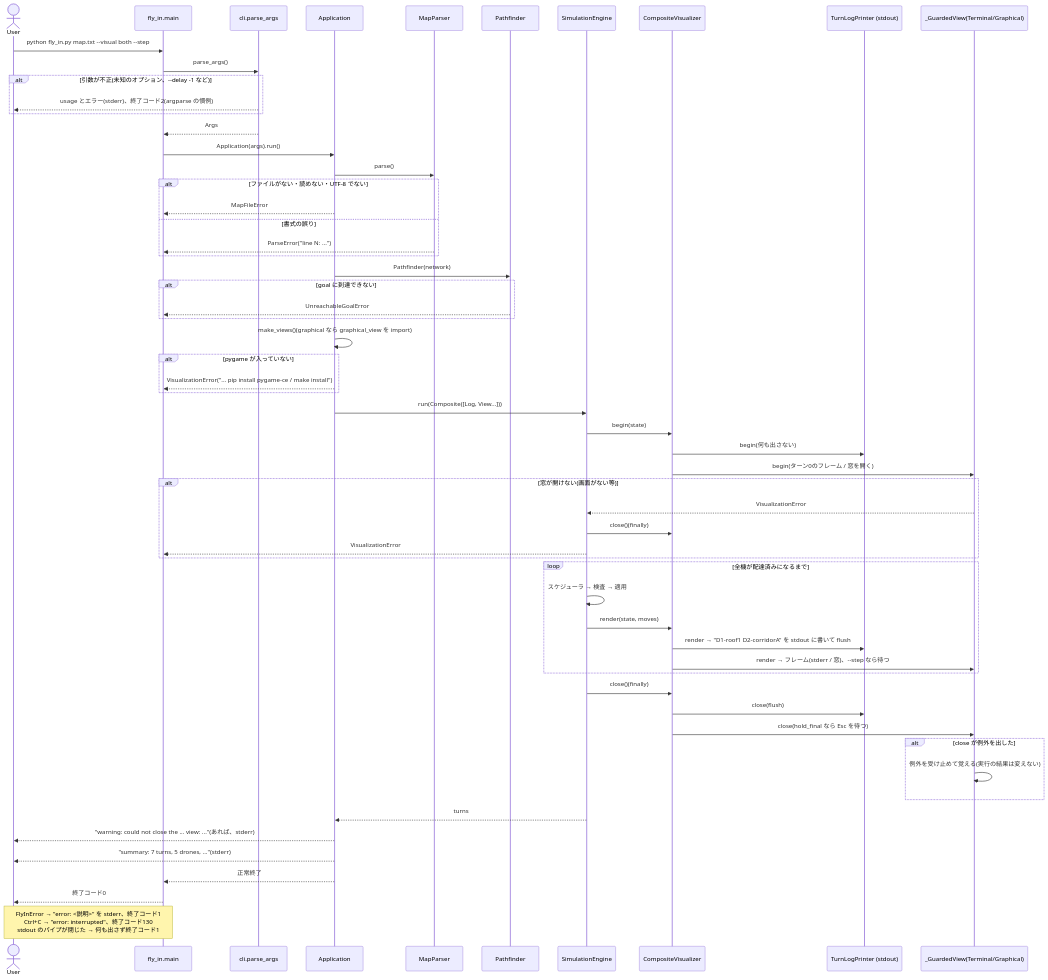
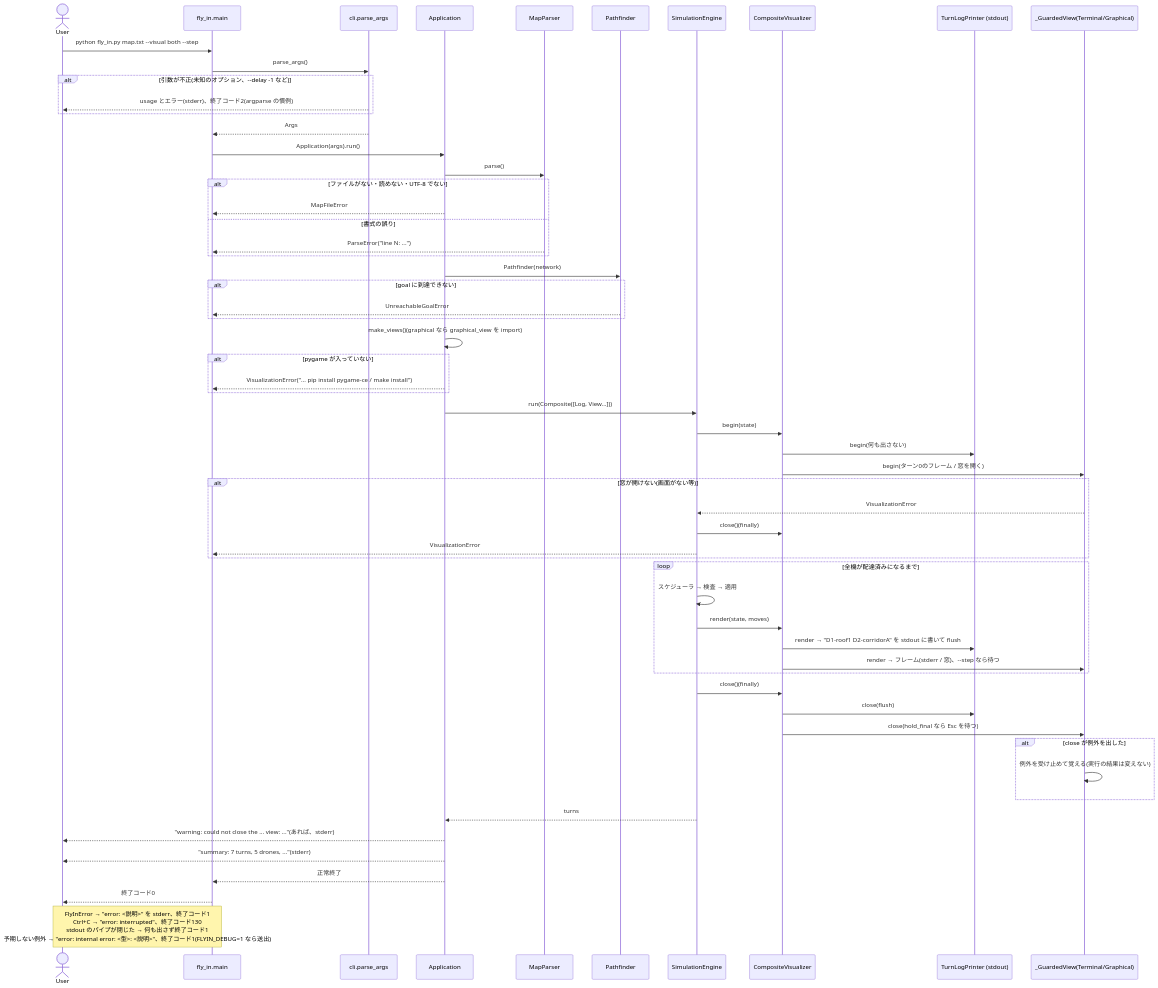
Before and after one commit to saikawakiruya-droid/fly_in: the second of 2 diagrams in docs/research/2026-10-18_workflow-cli-app.md, drawn with Mermaid. The commit also changed other lines of this file and 1 other file, not shown here.

Commit message:
Record the last-resort error handling and the input file constraint decisions

````diff
--- a/docs/research/2026-10-18_workflow-cli-app.md
+++ b/docs/research/2026-10-18_workflow-cli-app.md
@@ -163,62 +163,62 @@
 ```mermaid
 sequenceDiagram
     actor User
     participant Main as fly_in.main
     participant CLI as cli.parse_args
     participant App as Application
     participant Parser as MapParser
     participant PF as Pathfinder
     participant Eng as SimulationEngine
     participant Comp as CompositeVisualizer
     participant Log as TurnLogPrinter (stdout)
     participant View as _GuardedView(Terminal/Graphical)
 
     User->>Main: python fly_in.py map.txt --visual both --step
     Main->>CLI: parse_args()
     alt 引数が不正(未知のオプション、--delay -1 など)
         CLI-->>User: usage とエラー(stderr)、終了コード2(argparse の慣例)
     end
     CLI-->>Main: Args
     Main->>App: Application(args).run()
     App->>Parser: parse()
     alt ファイルがない・読めない・UTF-8 でない
         App-->>Main: MapFileError
     else 書式の誤り
         Parser-->>Main: ParseError("line N: ...")
     end
     App->>PF: Pathfinder(network)
     alt goal に到達できない
         PF-->>Main: UnreachableGoalError
     end
     App->>App: make_views()(graphical なら graphical_view を import)
     alt pygame が入っていない
         App-->>Main: VisualizationError("... pip install pygame-ce / make install")
     end
     App->>Eng: run(Composite([Log, View...]))
     Eng->>Comp: begin(state)
     Comp->>Log: begin(何も出さない)
     Comp->>View: begin(ターン0のフレーム / 窓を開く)
     alt 窓が開けない(画面がない等)
         View-->>Eng: VisualizationError
         Eng->>Comp: close()(finally)
         Eng-->>Main: VisualizationError
     end
     loop 全機が配達済みになるまで
         Eng->>Eng: スケジューラ → 検査 → 適用
         Eng->>Comp: render(state, moves)
         Comp->>Log: render → "D1-roof1 D2-corridorA" を stdout に書いて flush
         Comp->>View: render → フレーム(stderr / 窓)、--step なら待つ
     end
     Eng->>Comp: close()(finally)
     Comp->>Log: close(flush)
     Comp->>View: close(hold_final なら Esc を待つ)
     alt close が例外を出した
         View->>View: 例外を受け止めて覚える(実行の結果は変えない)
     end
     Eng-->>App: turns
     App-->>User: "warning: could not close the ... view: ..."(あれば、stderr)
     App-->>User: "summary: 7 turns, 5 drones, ..."(stderr)
     App-->>Main: 正常終了
     Main-->>User: 終了コード0
-    Note over Main,User: FlyInError → "error: <説明>" を stderr、終了コード1<br/>Ctrl+C → "error: interrupted"、終了コード130<br/>stdout のパイプが閉じた → 何も出さず終了コード1
+    Note over Main,User: FlyInError → "error: <説明>" を stderr、終了コード1<br/>Ctrl+C → "error: interrupted"、終了コード130<br/>stdout のパイプが閉じた → 何も出さず終了コード1<br/>予期しない例外 → "error: internal error: <型>: <説明>"、終了コード1(FLYIN_DEBUG=1 なら送出)
 ```
````
